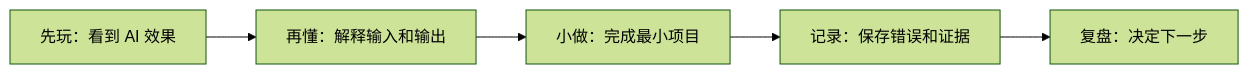
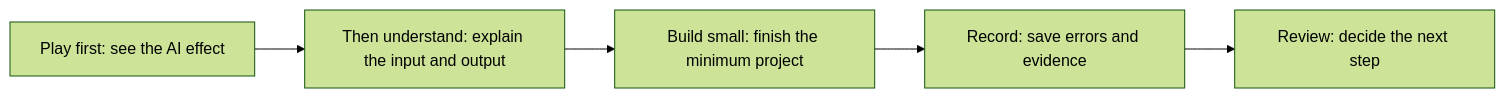
The first of 2 diagrams in docs/intro/beginner-friendly-guide.md (oudbiao/AI-fullstack-course), drawn with Mermaid (forest theme) before and after one commit. The commit also changed other lines of this file and 1406 other files, not shown here.

````diff
--- a/docs/intro/beginner-friendly-guide.md
+++ b/docs/intro/beginner-friendly-guide.md
@@ -16,7 +16,7 @@
 ```mermaid
 flowchart LR
-  A["先玩：看到 AI 效果"] --> B["再懂：解释输入和输出"]
-  B --> C["小做：完成最小项目"]
-  C --> D["记录：保存错误和证据"]
-  D --> E["复盘：决定下一步"]
+  A["Play first: see the AI effect"] --> B["Then understand: explain the input and output"]
+  B --> C["Build small: finish the minimum project"]
+  C --> D["Record: save errors and evidence"]
+  D --> E["Review: decide the next step"]
 ```
````
